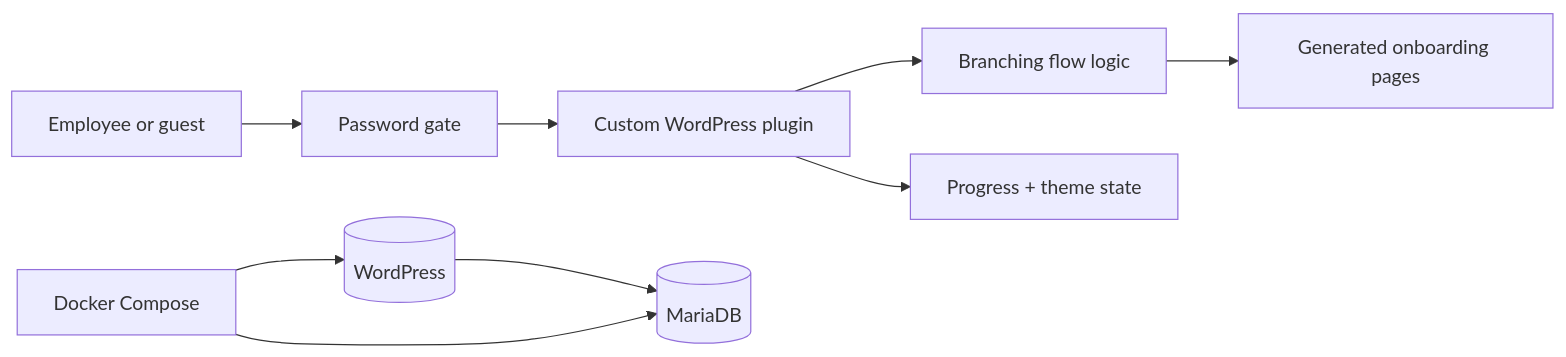
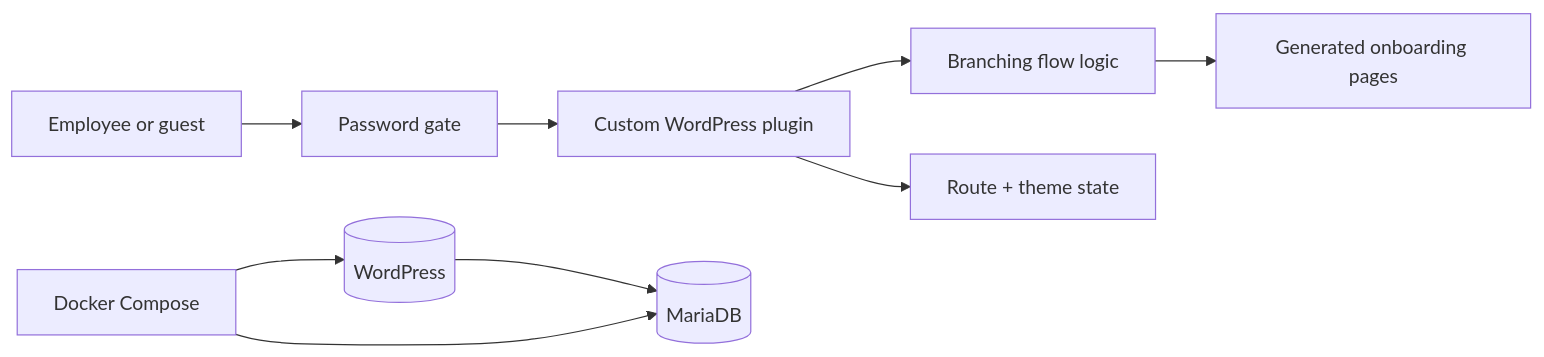
The diagram in README.md (Altan-Y/interactive-employee-onboarding), drawn with Mermaid before and after one commit. The commit also changed other lines of this file, not shown here.

````diff
--- a/README.md
+++ b/README.md
@@ -40,11 +39,11 @@
 ```mermaid
 flowchart LR
     Visitor[Employee or guest] --> Gate[Password gate]
     Gate --> Plugin[Custom WordPress plugin]
     Plugin --> Router[Branching flow logic]
     Router --> Pages[Generated onboarding pages]
-    Plugin --> Browser[Progress + theme state]
+    Plugin --> Browser[Route + theme state]
     WordPress[(WordPress)] --> MariaDB[(MariaDB)]
     Docker[Docker Compose] --> WordPress
     Docker --> MariaDB
 ```
````
